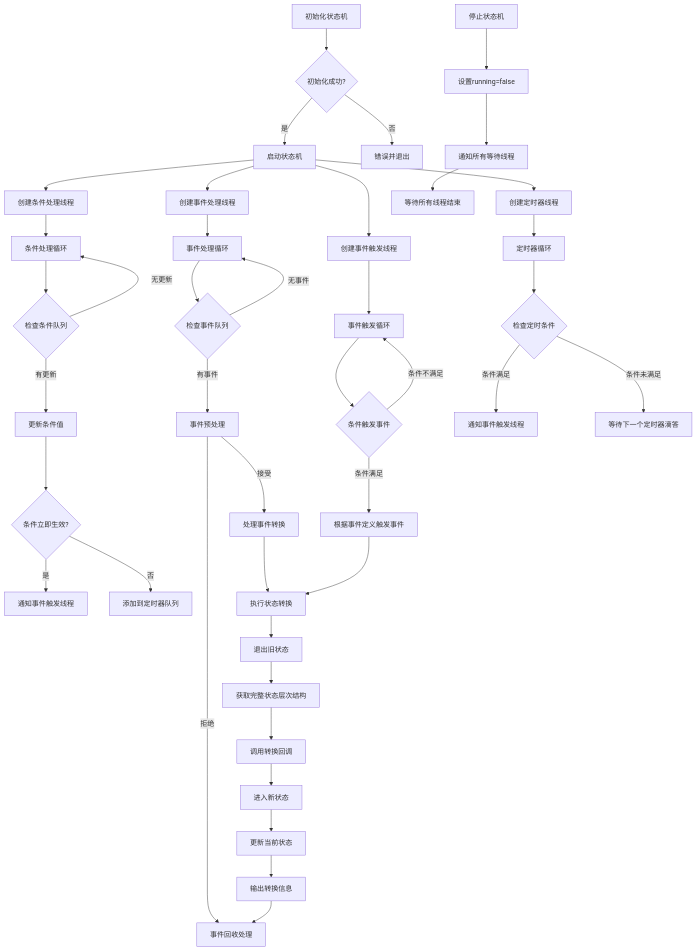
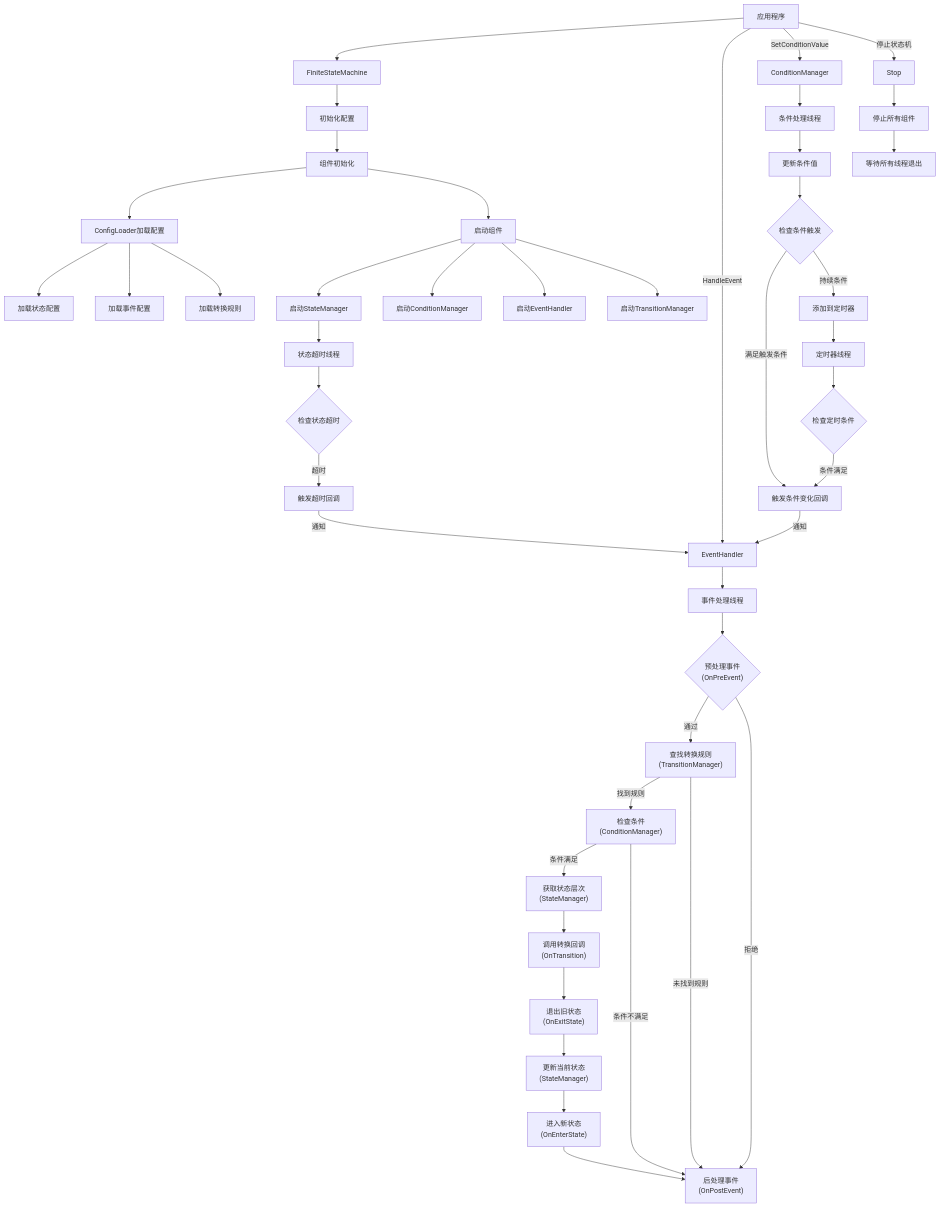
One commit to JUSTLIKEHU/StateMachine_Frame changed the fifth of 5 diagrams in README_CN.md. Above: the diagram before and after it, drawn with Mermaid. The commit also changed other lines of this file and 27 other files, not shown here.

````diff
--- a/README_CN.md
+++ b/README_CN.md
@@ -681,50 +1188,57 @@
 ```mermaid
 graph TD
-  A[初始化状态机] --> B{初始化成功?}
-  B -->|是| C[启动状态机]
-  B -->|否| D[错误并退出]
+  A[应用程序] --> B[FiniteStateMachine]
+  B --> B1[初始化配置]
+  B1 --> C[组件初始化]
   
-  C --> E[创建事件处理线程]
-  C --> E1[创建事件触发线程]
-  C --> E2[创建条件处理线程]
-  C --> F[创建定时器线程]
+  C --> D[ConfigLoader加载配置]
+  D --> D1[加载状态配置]
+  D --> D2[加载事件配置]
+  D --> D3[加载转换规则]
   
-  E --> G[事件处理循环]
-  G --> H{检查事件队列}
-  H -->|有事件| I0[事件预处理]
-  I0 -->|接受| I[处理事件转换]
-  I0 -->|拒绝| I2[事件回收处理]
-  H -->|无事件| G
+  C --> E[启动组件]
+  E --> E1[启动StateManager]
+  E --> E2[启动ConditionManager]
+  E --> E3[启动EventHandler]
+  E --> E4[启动TransitionManager]
   
-  E1 --> G1[事件触发循环]
-  G1 --> H1{条件触发事件}
-  H1 -->|条件满足| I1[根据事件定义触发事件]
-  H1 -->|条件不满足| G1
+  A -- HandleEvent --> F[EventHandler]
+  A -- SetConditionValue --> G[ConditionManager]
   
-  E2 --> J1[条件处理循环]
-  J1 --> J2{检查条件队列}
-  J2 -->|有更新| K[更新条件值]
-  K --> K1{条件立即生效?}
-  K1 -->|是| K2[通知事件触发线程]
-  K1 -->|否| K3[添加到定时器队列]
-  J2 -->|无更新| J1
+  F --> F1[事件处理线程]
+  F1 --> F2{"预处理事件<br>(OnPreEvent)"}
+  F2 -- 通过 --> F3["查找转换规则<br>(TransitionManager)"]
+  F2 -- 拒绝 --> F9["后处理事件<br>(OnPostEvent)"]
   
-  F --> M[定时器循环]
-  M --> N{检查定时条件}
-  N -->|条件满足| O[通知事件触发线程]
-  N -->|条件未满足| P[等待下一个定时器滴答]
+  F3 -- 找到规则 --> F4["检查条件<br>(ConditionManager)"]
+  F3 -- 未找到规则 --> F9
   
-  I --> Q0[执行状态转换]
-  I1 --> Q0
-  Q0 --> Q1[退出旧状态]
-  Q1 --> Q[获取完整状态层次结构]
-  Q --> R[调用转换回调]
-  R --> S0[进入新状态]
-  S0 --> S[更新当前状态]
-  S --> T[输出转换信息]
-  T --> I2
+  F4 -- 条件满足 --> F5["获取状态层次<br>(StateManager)"]
+  F4 -- 条件不满足 --> F9
   
-  Z[停止状态机] --> Z1[设置running=false]
-  Z1 --> Z2[通知所有等待线程]
-  Z2 --> Z3[等待所有线程结束]
+  F5 --> F6["调用转换回调<br>(OnTransition)"]
+  F6 --> F7["退出旧状态<br>(OnExitState)"]
+  F7 --> F8["更新当前状态<br>(StateManager)"]
+  F8 --> F8a["进入新状态<br>(OnEnterState)"]
+  F8a --> F9
+  
+  G --> G1[条件处理线程]
+  G1 --> G2[更新条件值]
+  G2 --> G3{检查条件触发}
+  G3 -- 满足触发条件 --> G4[触发条件变化回调]
+  G3 -- 持续条件 --> G5[添加到定时器]
+  G4 -- 通知 --> F
+  
+  G5 --> G6[定时器线程]
+  G6 --> G7{检查定时条件}
+  G7 -- 条件满足 --> G4
+  
+  E1 --> H[状态超时线程]
+  H --> H1{检查状态超时}
+  H1 -- 超时 --> H2[触发超时回调]
+  H2 -- 通知 --> F
+  
+  A -- 停止状态机 --> I[Stop]
+  I --> I1[停止所有组件]
+  I1 --> I2[等待所有线程退出]
 ```
````
